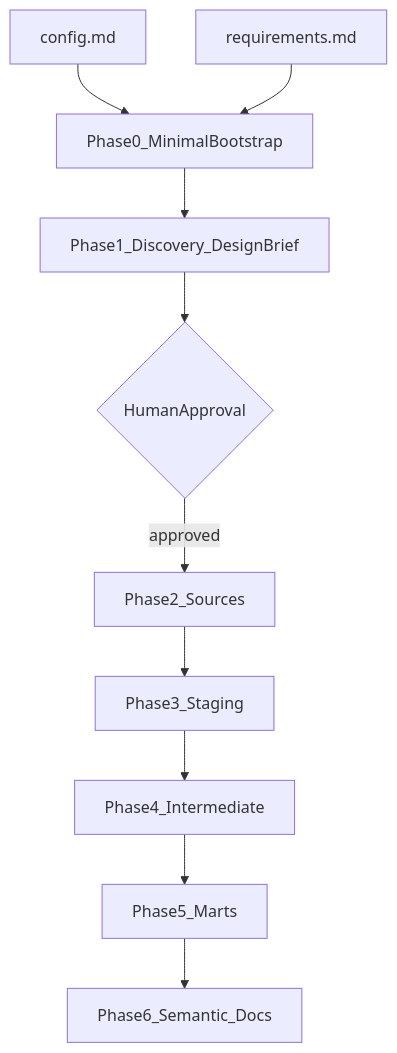
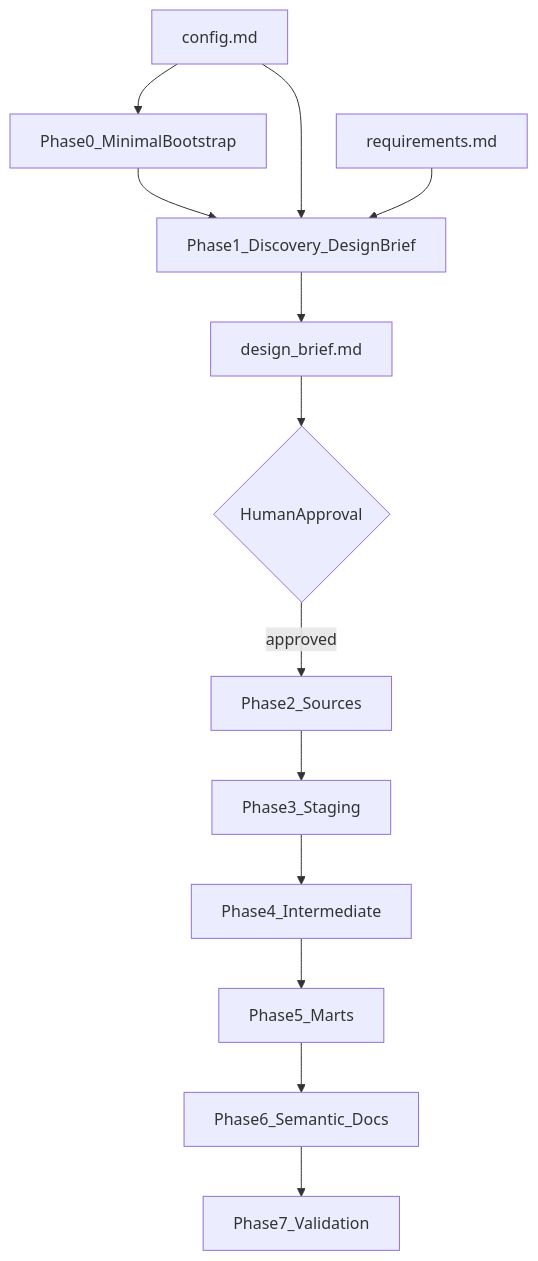
One commit to Zahid-Abbas-Ali-Baig/dbt-ai-guide changed the diagram in dbt_ai_agent_prompts_generalized.md. Above: the diagram before and after it, drawn with Mermaid. The commit also changed other lines of this file and 4 other files, not shown here.

````diff
--- a/dbt_ai_agent_prompts_generalized.md
+++ b/dbt_ai_agent_prompts_generalized.md
@@ -21,23 +21,28 @@
 ```mermaid
 flowchart TD
     ConfigMd[config.md]
     ReqDoc[requirements.md]
+    BriefDoc[design_brief.md]
     Phase0[Phase0_MinimalBootstrap]
     Phase1[Phase1_Discovery_DesignBrief]
     Gate{HumanApproval}
     Phase2[Phase2_Sources]
     Phase3[Phase3_Staging]
     Phase4[Phase4_Intermediate]
     Phase5[Phase5_Marts]
     Phase6[Phase6_Semantic_Docs]
+    Phase7[Phase7_Validation]
 
     ConfigMd --> Phase0
-    ReqDoc --> Phase0
     Phase0 --> Phase1
-    Phase1 --> Gate
+    ConfigMd --> Phase1
+    ReqDoc --> Phase1
+    Phase1 --> BriefDoc
+    BriefDoc --> Gate
     Gate -->|approved| Phase2
     Phase2 --> Phase3
     Phase3 --> Phase4
     Phase4 --> Phase5
     Phase5 --> Phase6
+    Phase6 --> Phase7
 ```
````
